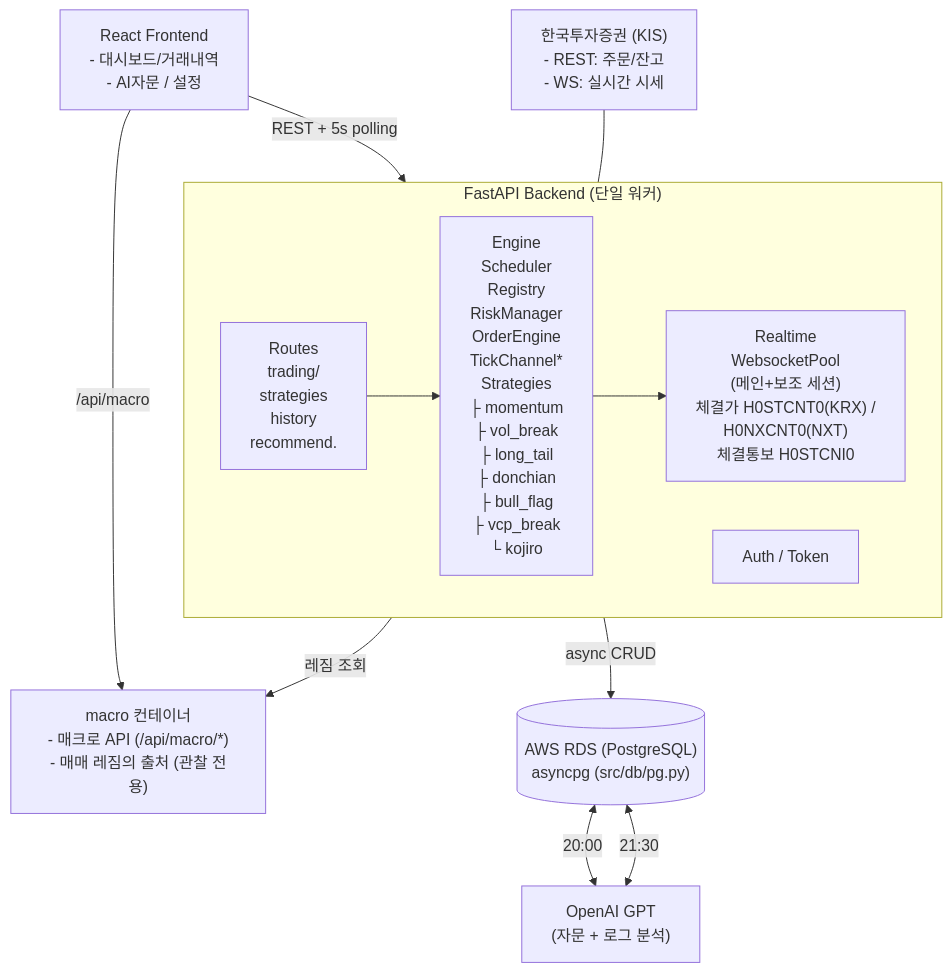
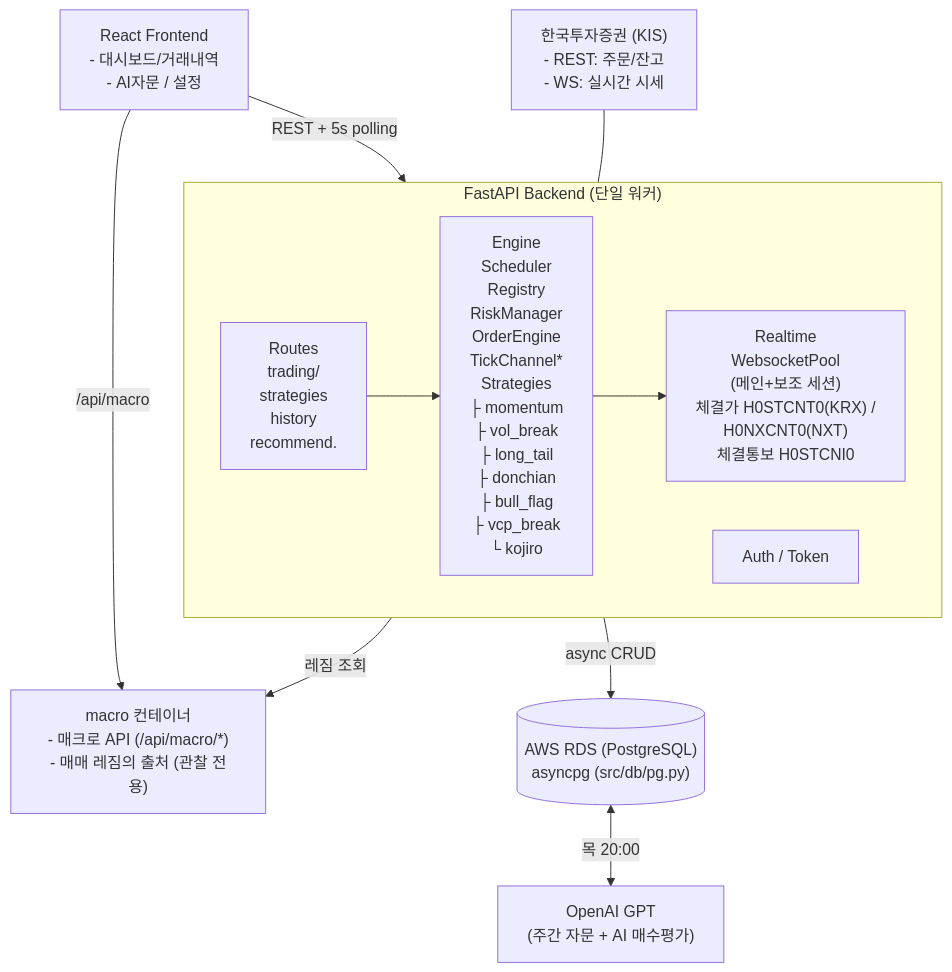
The first of 7 diagrams in README.md (canduk910/auto_stock), drawn with Mermaid before and after one commit. The commit also changed other lines of this file and 16 other files, not shown here.

````diff
--- a/README.md
+++ b/README.md
@@ -7,23 +7,22 @@
 ```mermaid
 flowchart TB
     FE["React Frontend<br/>- 대시보드/거래내역<br/>- AI자문 / 설정"]
     KIS["한국투자증권 (KIS)<br/>- REST: 주문/잔고<br/>- WS: 실시간 시세"]
     subgraph BE["FastAPI Backend (단일 워커)"]
         direction LR
         ROUTES["Routes<br/>trading/<br/>strategies<br/>history<br/>recommend."]
         ENGINE["Engine<br/>Scheduler<br/>Registry<br/>RiskManager<br/>OrderEngine<br/>TickChannel*<br/>Strategies<br/>├ momentum<br/>├ vol_break<br/>├ long_tail<br/>├ donchian<br/>├ bull_flag<br/>├ vcp_break<br/>└ kojiro"]
         RT["Realtime<br/>WebsocketPool<br/>(메인+보조 세션)<br/>체결가 H0STCNT0(KRX) /<br/>H0NXCNT0(NXT)<br/>체결통보 H0STCNI0"]
         AUTH["Auth / Token"]
         ROUTES --> ENGINE --> RT
     end
     RDS[("AWS RDS (PostgreSQL)<br/>asyncpg (src/db/pg.py)")]
-    GPT["OpenAI GPT<br/>(자문 + 로그 분석)"]
+    GPT["OpenAI GPT<br/>(주간 자문 + AI 매수평가)"]
     MAC["macro 컨테이너<br/>- 매크로 API (/api/macro/*)<br/>- 매매 레짐의 출처 (관찰 전용)"]
     FE -->|"REST + 5s polling"| BE
     FE -->|"/api/macro"| MAC
     BE -->|"레짐 조회"| MAC
     KIS --- BE
     BE -->|"async CRUD"| RDS
-    RDS <-->|"20:00"| GPT
-    RDS <-->|"21:30"| GPT
+    RDS <-->|"목 20:00"| GPT
 ```
````
